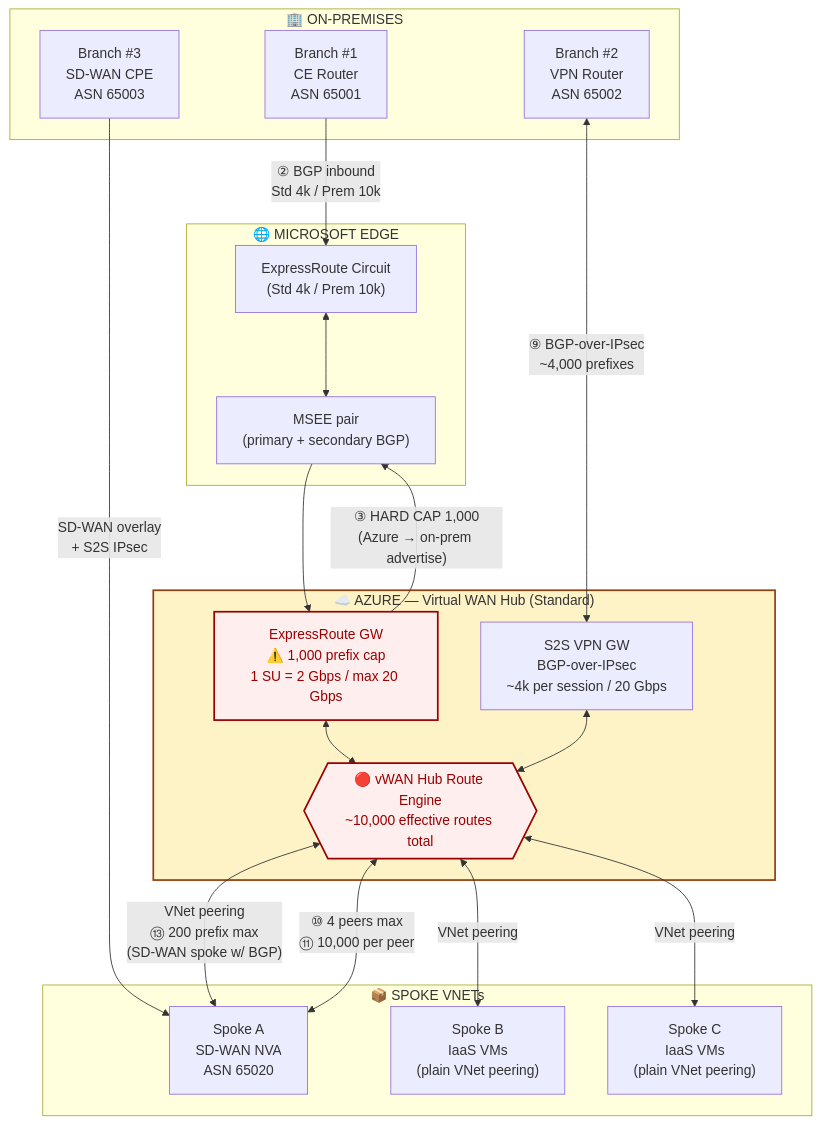
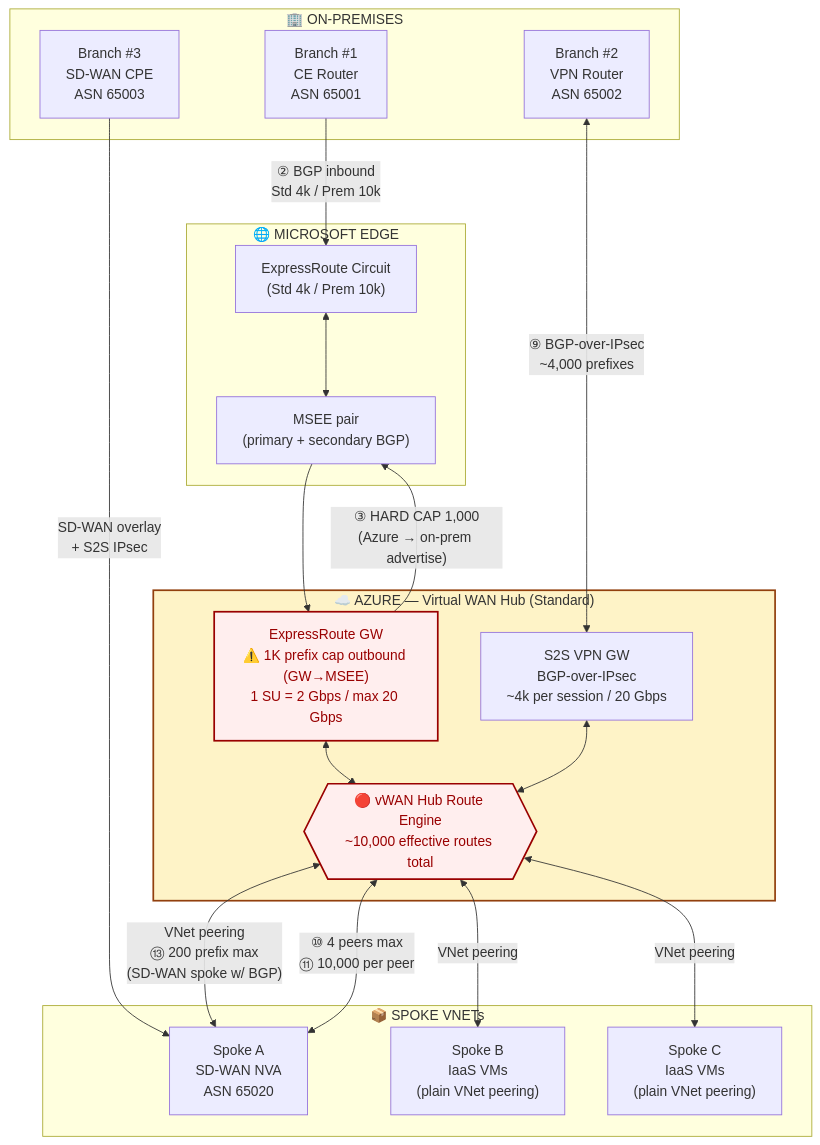
One commit to adtork/vwan-routing-limits changed the first of 3 diagrams in README.md. Above: the diagram before and after it, drawn with Mermaid. The commit also changed other lines of this file, not shown here.

Commit message:
Clarify ER GW 1k cap is outbound only; pile-up diagram uses circuit SKU as inbound bound; drop VNet peering from BGP pile-up

````diff
--- a/README.md
+++ b/README.md
@@ -21,46 +21,46 @@
 ```mermaid
 flowchart TB
     subgraph OnPrem["🏢 ON-PREMISES"]
         B1["Branch #1<br/>CE Router<br/>ASN 65001"]
         B2["Branch #2<br/>VPN Router<br/>ASN 65002"]
         B3["Branch #3<br/>SD-WAN CPE<br/>ASN 65003"]
     end
 
     subgraph Edge["🌐 MICROSOFT EDGE"]
         ERC["ExpressRoute Circuit<br/>(Std 4k / Prem 10k)"]
         MSEE["MSEE pair<br/>(primary + secondary BGP)"]
     end
 
     subgraph Hub["☁️ AZURE — Virtual WAN Hub (Standard)"]
-        ERGW["ExpressRoute GW<br/>⚠️ 1,000 prefix cap<br/>1 SU = 2 Gbps / max 20 Gbps"]
+        ERGW["ExpressRoute GW<br/>⚠️ 1K prefix cap outbound (GW→MSEE)<br/>1 SU = 2 Gbps / max 20 Gbps"]
         VPNGW["S2S VPN GW<br/>BGP-over-IPsec<br/>~4k per session / 20 Gbps"]
         ENGINE{{"🔴 vWAN Hub Route Engine<br/>~10,000 effective routes total"}}
     end
 
     subgraph Spokes["📦 SPOKE VNETs"]
         SA["Spoke A<br/>SD-WAN NVA<br/>ASN 65020"]
         SB["Spoke B<br/>IaaS VMs<br/>(plain VNet peering)"]
         SC["Spoke C<br/>IaaS VMs<br/>(plain VNet peering)"]
     end
 
     B1 -->|"② BGP inbound<br/>Std 4k / Prem 10k"| ERC
     ERC <--> MSEE
     MSEE --> ERGW
     ERGW -->|"③ HARD CAP 1,000<br/>(Azure → on-prem advertise)"| MSEE
     ERGW <--> ENGINE
 
     B2 <-->|"⑨ BGP-over-IPsec<br/>~4,000 prefixes"| VPNGW
     VPNGW <--> ENGINE
 
     B3 -->|"SD-WAN overlay<br/>+ S2S IPsec"| SA
     SA <-->|"⑩ 4 peers max<br/>⑪ 10,000 per peer"| ENGINE
 
     ENGINE <-->|"VNet peering"| SB
     ENGINE <-->|"VNet peering"| SC
     ENGINE <-->|"VNet peering<br/>⑬ 200 prefix max<br/>(SD-WAN spoke w/ BGP)"| SA
 
     classDef cap fill:#fee,stroke:#900,stroke-width:2px,color:#900
     classDef hub fill:#fef3c7,stroke:#92400e,stroke-width:2px
     class ENGINE,ERGW cap
     class Hub hub
 ```
````
